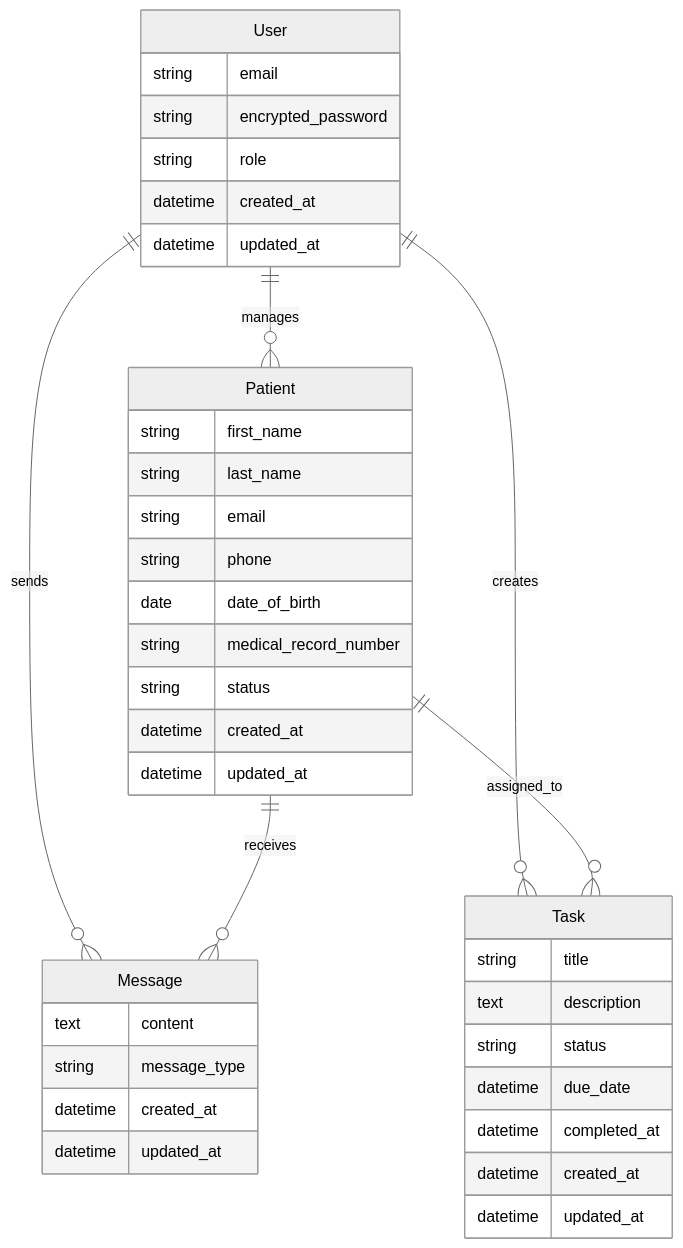
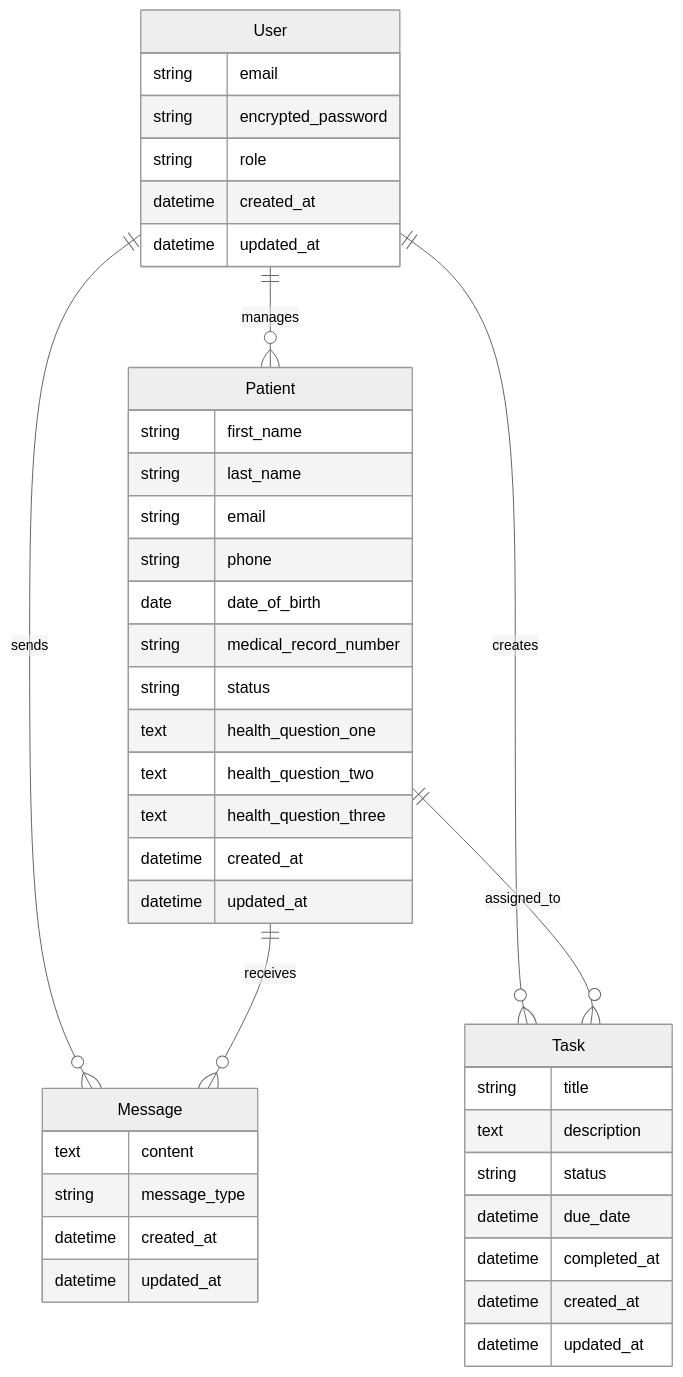
One commit to J-pilon/telehealth_slim_crm changed the diagram in ARCHITECTURE.md. Above: the diagram before and after it, drawn with Mermaid (neutral theme). The commit also changed other lines of this file and 1 other file, not shown here.

````diff
--- a/ARCHITECTURE.md
+++ b/ARCHITECTURE.md
@@ -87,46 +87,49 @@
 ```mermaid
 erDiagram
     User ||--o{ Patient : manages
     User ||--o{ Message : sends
     User ||--o{ Task : creates
     
     Patient ||--o{ Message : receives
     Patient ||--o{ Task : assigned_to
     
     User {
         string email
         string encrypted_password
         string role
         datetime created_at
         datetime updated_at
     }
     
     Patient {
         string first_name
         string last_name
         string email
         string phone
         date date_of_birth
         string medical_record_number
         string status
+        text health_question_one
+        text health_question_two
+        text health_question_three
         datetime created_at
         datetime updated_at
     }
     
     Message {
         text content
         string message_type
         datetime created_at
         datetime updated_at
     }
     
     Task {
         string title
         text description
         string status
         datetime due_date
         datetime completed_at
         datetime created_at
         datetime updated_at
     }
 ```
````
